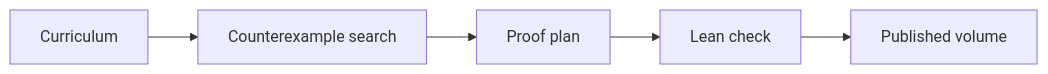
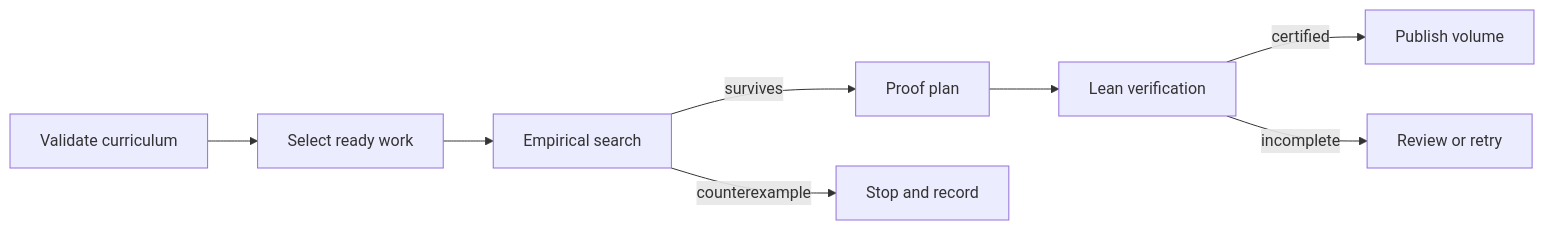
One commit to itsalissonsilva/daily-palindrome changed the second of 3 diagrams in README.md. Above: the diagram before and after it, drawn with Mermaid. The commit also changed other lines of this file, not shown here.

Commit message:
Restore detailed architecture diagrams

````diff
--- a/README.md
+++ b/README.md
@@ -11,7 +33,10 @@
 ```mermaid
 flowchart LR
-    A[Curriculum] --> B[Counterexample search]
-    B --> C[Proof plan]
-    C --> D[Lean check]
-    D --> E[Published volume]
+    A[Validate curriculum] --> B[Select ready work]
+    B --> C[Empirical search]
+    C -->|survives| D[Proof plan]
+    C -->|counterexample| X[Stop and record]
+    D --> E[Lean verification]
+    E -->|certified| F[Publish volume]
+    E -->|incomplete| R[Review or retry]
 ```
````
